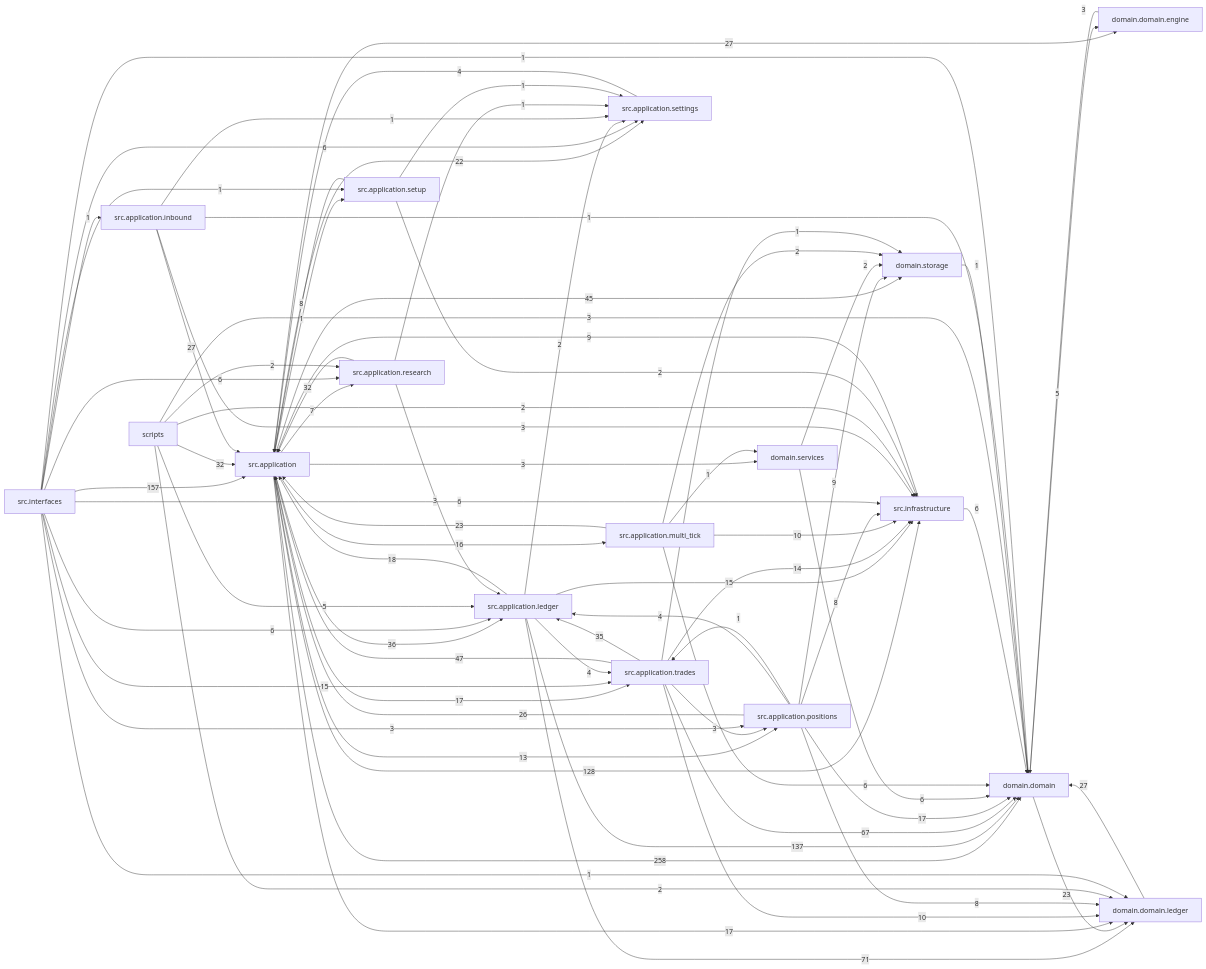
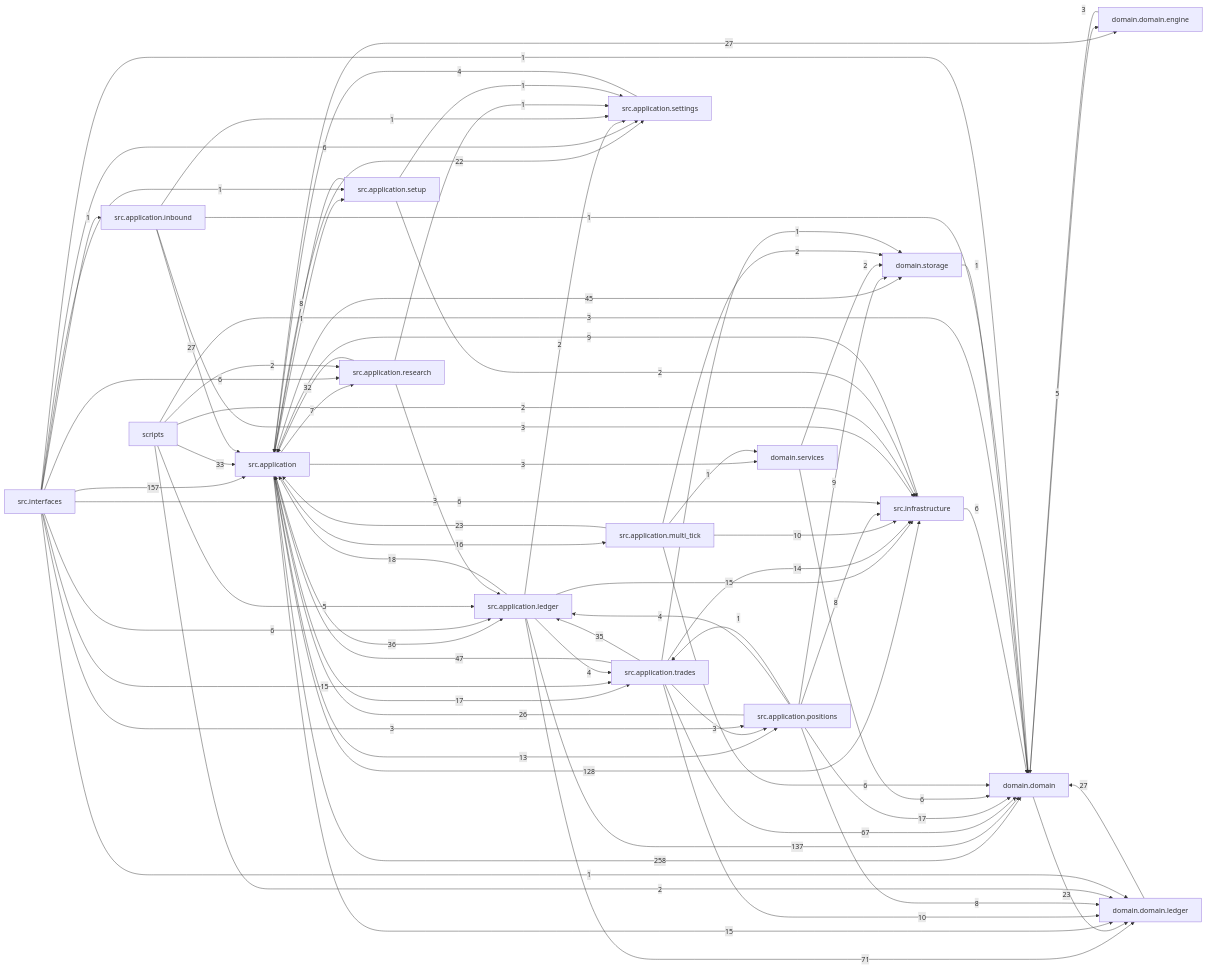
Before and after one commit to liuxie066/options-monitor: the diagram in docs/dependency_graph.mmd, drawn with Mermaid. The commit also changed 61 other files, not shown here.

```diff
--- a/docs/dependency_graph.mmd
+++ b/docs/dependency_graph.mmd
@@ -1,76 +1,76 @@
 flowchart LR
   src_application["src.application"] -->|258| domain_domain["domain.domain"]
   src_interfaces["src.interfaces"] -->|157| src_application["src.application"]
   src_application_ledger["src.application.ledger"] -->|137| domain_domain["domain.domain"]
   src_application["src.application"] -->|128| src_infrastructure["src.infrastructure"]
   src_application_ledger["src.application.ledger"] -->|71| domain_domain_ledger["domain.domain.ledger"]
   src_application_trades["src.application.trades"] -->|67| domain_domain["domain.domain"]
   src_application_trades["src.application.trades"] -->|47| src_application["src.application"]
   src_application["src.application"] -->|45| domain_storage["domain.storage"]
   src_application["src.application"] -->|36| src_application_ledger["src.application.ledger"]
   src_application_trades["src.application.trades"] -->|35| src_application_ledger["src.application.ledger"]
-  scripts["scripts"] -->|32| src_application["src.application"]
+  scripts["scripts"] -->|33| src_application["src.application"]
   src_application_research["src.application.research"] -->|32| src_application["src.application"]
   domain_domain_ledger["domain.domain.ledger"] -->|27| domain_domain["domain.domain"]
   src_application["src.application"] -->|27| domain_domain_engine["domain.domain.engine"]
   src_application_inbound["src.application.inbound"] -->|27| src_application["src.application"]
   src_application_positions["src.application.positions"] -->|26| src_application["src.application"]
   domain_domain["domain.domain"] -->|23| domain_domain_ledger["domain.domain.ledger"]
   src_application_multi_tick["src.application.multi_tick"] -->|23| src_application["src.application"]
   src_application["src.application"] -->|22| src_application_settings["src.application.settings"]
   src_application_ledger["src.application.ledger"] -->|18| src_application["src.application"]
-  src_application["src.application"] -->|17| domain_domain_ledger["domain.domain.ledger"]
   src_application["src.application"] -->|17| src_application_trades["src.application.trades"]
   src_application_positions["src.application.positions"] -->|17| domain_domain["domain.domain"]
   src_application["src.application"] -->|16| src_application_multi_tick["src.application.multi_tick"]
+  src_application["src.application"] -->|15| domain_domain_ledger["domain.domain.ledger"]
   src_application_ledger["src.application.ledger"] -->|15| src_infrastructure["src.infrastructure"]
   src_interfaces["src.interfaces"] -->|15| src_application_trades["src.application.trades"]
   src_application_trades["src.application.trades"] -->|14| src_infrastructure["src.infrastructure"]
   src_application["src.application"] -->|13| src_application_positions["src.application.positions"]
   src_application_multi_tick["src.application.multi_tick"] -->|10| src_infrastructure["src.infrastructure"]
   src_application_trades["src.application.trades"] -->|10| domain_domain_ledger["domain.domain.ledger"]
   src_application_positions["src.application.positions"] -->|9| domain_storage["domain.storage"]
   src_infrastructure["src.infrastructure"] -->|9| src_application["src.application"]
   src_application_positions["src.application.positions"] -->|8| domain_domain_ledger["domain.domain.ledger"]
   src_application_positions["src.application.positions"] -->|8| src_infrastructure["src.infrastructure"]
   src_application_setup["src.application.setup"] -->|8| src_application["src.application"]
   src_application["src.application"] -->|7| src_application_research["src.application.research"]
   domain_services["domain.services"] -->|6| domain_domain["domain.domain"]
   src_application_multi_tick["src.application.multi_tick"] -->|6| domain_domain["domain.domain"]
   src_infrastructure["src.infrastructure"] -->|6| domain_domain["domain.domain"]
   src_interfaces["src.interfaces"] -->|6| src_application_ledger["src.application.ledger"]
   src_interfaces["src.interfaces"] -->|6| src_application_research["src.application.research"]
   src_interfaces["src.interfaces"] -->|6| src_application_settings["src.application.settings"]
   src_interfaces["src.interfaces"] -->|6| src_infrastructure["src.infrastructure"]
   domain_domain["domain.domain"] -->|5| domain_domain_engine["domain.domain.engine"]
   scripts["scripts"] -->|5| src_application_ledger["src.application.ledger"]
   src_application_ledger["src.application.ledger"] -->|4| src_application_trades["src.application.trades"]
   src_application_positions["src.application.positions"] -->|4| src_application_ledger["src.application.ledger"]
   src_application_settings["src.application.settings"] -->|4| src_application["src.application"]
   domain_domain_engine["domain.domain.engine"] -->|3| domain_domain["domain.domain"]
   scripts["scripts"] -->|3| domain_domain["domain.domain"]
   src_application["src.application"] -->|3| domain_services["domain.services"]
   src_application_inbound["src.application.inbound"] -->|3| src_infrastructure["src.infrastructure"]
   src_application_research["src.application.research"] -->|3| src_application_ledger["src.application.ledger"]
   src_application_trades["src.application.trades"] -->|3| src_application_positions["src.application.positions"]
   src_interfaces["src.interfaces"] -->|3| src_application_positions["src.application.positions"]
   domain_services["domain.services"] -->|2| domain_storage["domain.storage"]
   scripts["scripts"] -->|2| domain_domain_ledger["domain.domain.ledger"]
   scripts["scripts"] -->|2| src_application_research["src.application.research"]
   scripts["scripts"] -->|2| src_infrastructure["src.infrastructure"]
   src_application_ledger["src.application.ledger"] -->|2| src_application_settings["src.application.settings"]
   src_application_multi_tick["src.application.multi_tick"] -->|2| domain_storage["domain.storage"]
   src_application_setup["src.application.setup"] -->|2| src_infrastructure["src.infrastructure"]
   domain_storage["domain.storage"] -->|1| domain_domain["domain.domain"]
   src_application["src.application"] -->|1| src_application_setup["src.application.setup"]
   src_application_inbound["src.application.inbound"] -->|1| domain_domain["domain.domain"]
   src_application_inbound["src.application.inbound"] -->|1| src_application_settings["src.application.settings"]
   src_application_multi_tick["src.application.multi_tick"] -->|1| domain_services["domain.services"]
   src_application_positions["src.application.positions"] -->|1| src_application_trades["src.application.trades"]
   src_application_research["src.application.research"] -->|1| src_application_settings["src.application.settings"]
   src_application_setup["src.application.setup"] -->|1| src_application_settings["src.application.settings"]
   src_application_trades["src.application.trades"] -->|1| domain_storage["domain.storage"]
   src_interfaces["src.interfaces"] -->|1| domain_domain["domain.domain"]
   src_interfaces["src.interfaces"] -->|1| domain_domain_ledger["domain.domain.ledger"]
   src_interfaces["src.interfaces"] -->|1| src_application_inbound["src.application.inbound"]
   src_interfaces["src.interfaces"] -->|1| src_application_setup["src.application.setup"]
```
